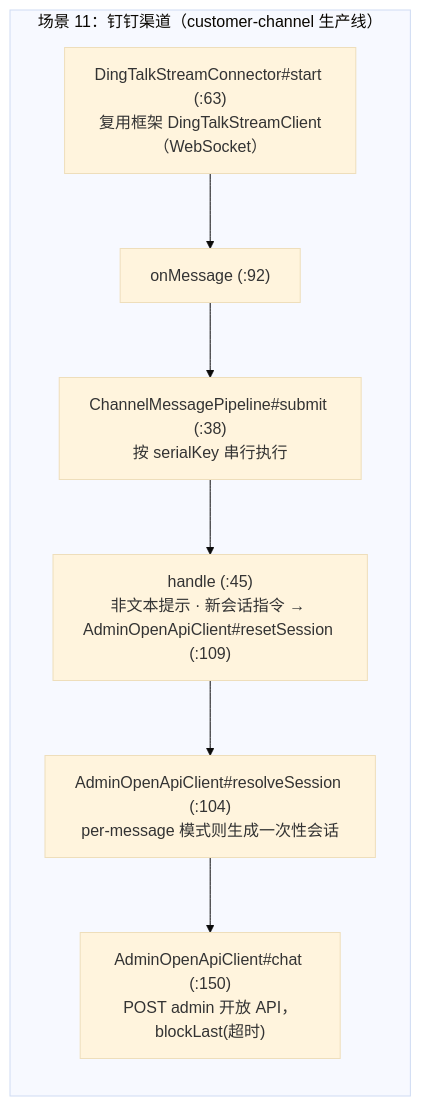
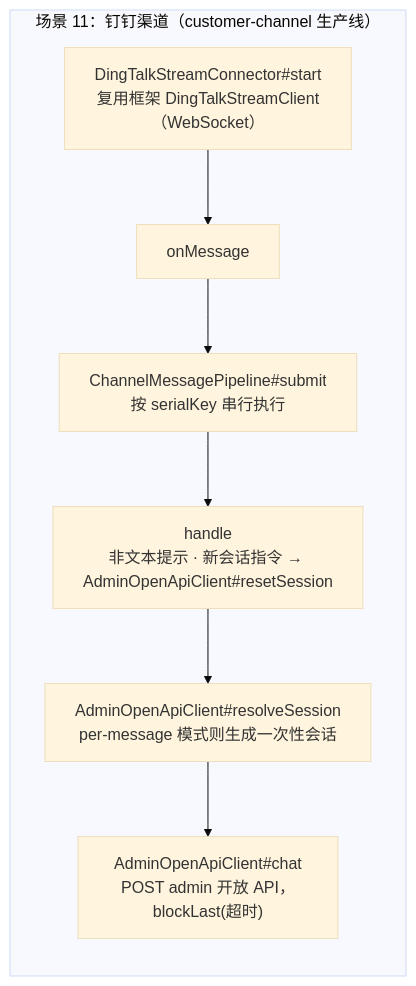
One commit to liulangjietou/AgentScope-source-analysis changed the sixth of 8 diagrams in 09-customer_work场景全景映射.md. Above: the diagram before and after it, drawn with Mermaid (base theme). The commit also changed other lines of this file and 13 other files, not shown here.

Commit message:
docs: align source guide and diagrams with main dcb131a3

````diff
--- a/09-customer_work场景全景映射.md
+++ b/09-customer_work场景全景映射.md
@@ -211,10 +219,10 @@
 ```mermaid
 flowchart LR
     subgraph S11["场景 11：钉钉渠道（customer-channel 生产线）"]
-        D1["DingTalkStreamConnector#start (:63)<br/>复用框架 DingTalkStreamClient（WebSocket）"] --> D2["onMessage (:92)"]
-        D2 --> D3["ChannelMessagePipeline#submit (:38)<br/>按 serialKey 串行执行"]
-        D3 --> D4["handle (:45)<br/>非文本提示 · 新会话指令 → AdminOpenApiClient#resetSession (:109)"]
-        D4 --> D5["AdminOpenApiClient#resolveSession (:104)<br/>per-message 模式则生成一次性会话"]
-        D5 --> D6["AdminOpenApiClient#chat (:150)<br/>POST admin 开放 API，blockLast(超时)"]
+        D1["DingTalkStreamConnector#start<br/>复用框架 DingTalkStreamClient（WebSocket）"] --> D2["onMessage"]
+        D2 --> D3["ChannelMessagePipeline#submit<br/>按 serialKey 串行执行"]
+        D3 --> D4["handle<br/>非文本提示 · 新会话指令 → AdminOpenApiClient#resetSession"]
+        D4 --> D5["AdminOpenApiClient#resolveSession<br/>per-message 模式则生成一次性会话"]
+        D5 --> D6["AdminOpenApiClient#chat<br/>POST admin 开放 API，blockLast(超时)"]
     end
 ```
````
